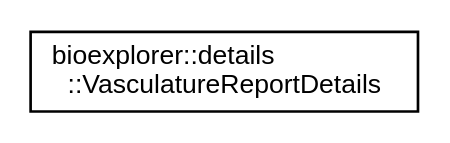
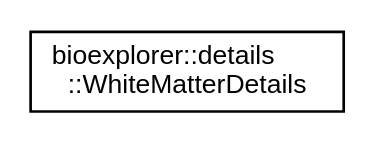
One commit to BlueBrain/BioExplorer changed the diagram in docs/inherit_graph_56.dot. Above: the diagram before and after it, drawn with Graphviz. The commit also changed 202 other files, not shown here.

```diff
--- a/docs/inherit_graph_56.dot
+++ b/docs/inherit_graph_56.dot
@@ -1,8 +1,8 @@
 digraph "Graphical Class Hierarchy"
 {
  // LATEX_PDF_SIZE
   edge [fontname="Helvetica",fontsize="10",labelfontname="Helvetica",labelfontsize="10"];
   node [fontname="Helvetica",fontsize="10",shape=record];
   rankdir="LR";
-  Node0 [label="bioexplorer::details\l::VasculatureReportDetails",height=0.2,width=0.4,color="black", fillcolor="white", style="filled",URL="$d1/d4e/structbioexplorer_1_1details_1_1VasculatureReportDetails.html",tooltip=" "];
+  Node0 [label="bioexplorer::details\l::WhiteMatterDetails",height=0.2,width=0.4,color="black", fillcolor="white", style="filled",URL="$da/d1a/structbioexplorer_1_1details_1_1WhiteMatterDetails.html",tooltip=" "];
 }
```
